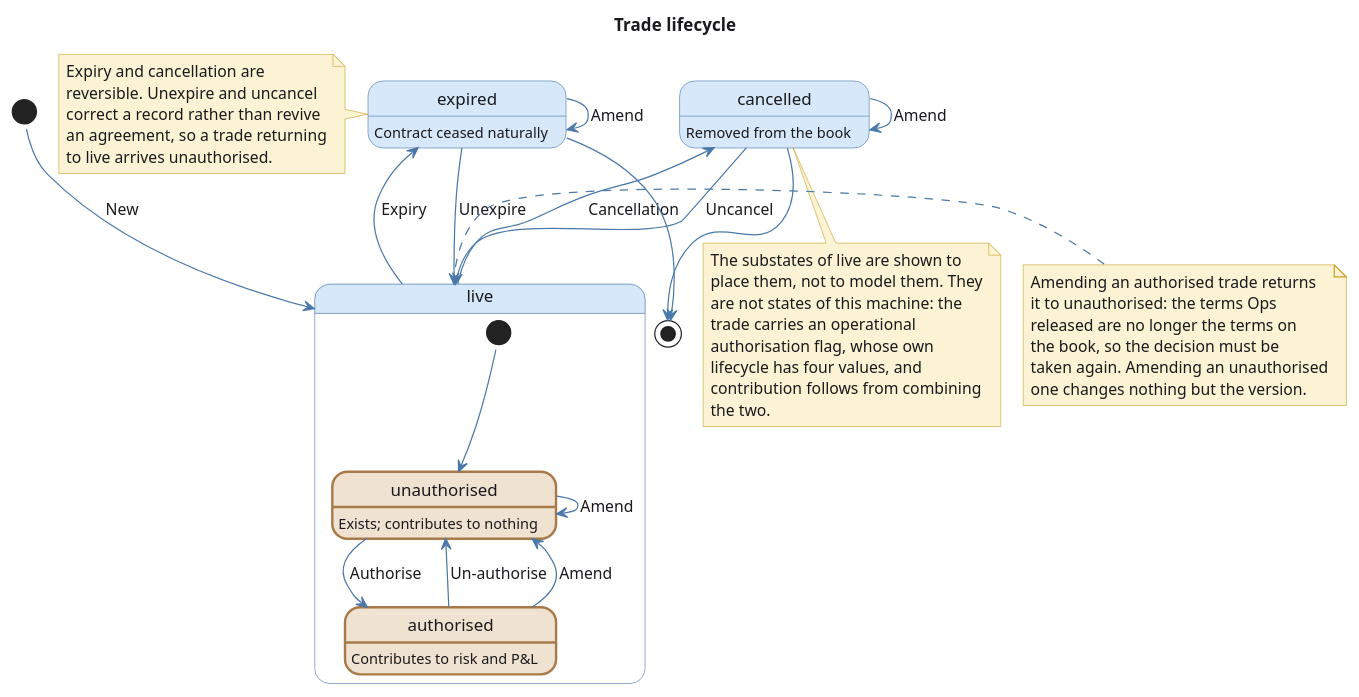
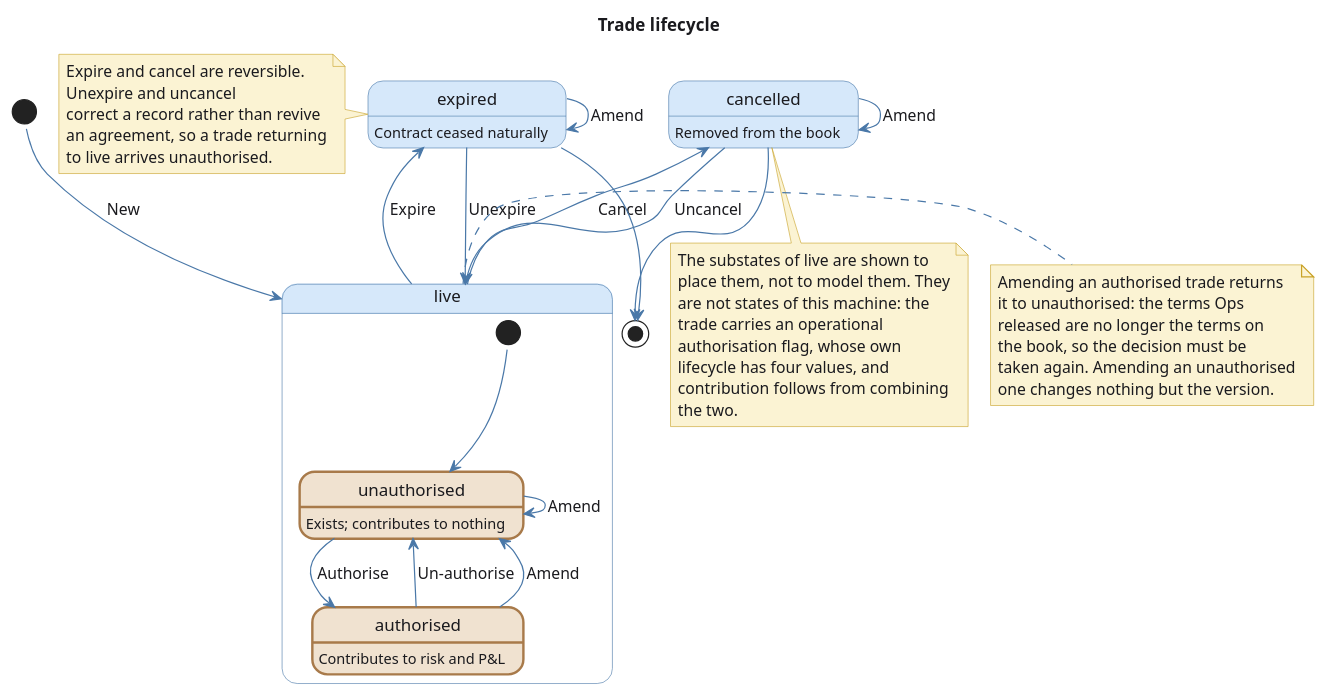
Before and after one commit to OreStudio/OreStudio: the diagram in doc/knowledge/domain/trade_status_lifecycle.puml, drawn with PlantUML. The commit also changed 2 other files, not shown here.

Commit message:
[doc] Rename the expiry and cancellation events
Expiry becomes Expire and Cancellation becomes Cancel, so every event
on the diagram is a verb: New, Expire, Cancel, Unexpire, Uncancel,
Amend, Authorise, Un-authorise.

The activity category named Cancellation in trade activity is left
alone. It names a class of activity rather than a transition, and the
activity within it is already called Cancel.

```diff
--- a/doc/knowledge/domain/trade_status_lifecycle.puml
+++ b/doc/knowledge/domain/trade_status_lifecycle.puml
@@ -18,82 +18,82 @@
 @startuml
 !pragma layout smetana
 
 title Trade lifecycle
 
 skinparam state {
     BackgroundColor #D6E8FA
     BorderColor #4A78A8
     FontColor #1A1A1E
     AttributeFontColor #3A3A3E
     ArrowColor #4A78A8
     ArrowFontColor #1A1A1E
     StartColor #4A78A8
     EndColor #4A78A8
 }
 skinparam note {
     BackgroundColor #FBF3D3
     BorderColor #C9A227
     FontColor #1A1A1E
 }
 skinparam BackgroundColor white
 skinparam DefaultFontColor #1A1A1E
 
 state "live" as Live {
   state "unauthorised" as Unauthorised #F0E2D0 ##[bold]A87A4A
   state "authorised" as Authorised #F0E2D0 ##[bold]A87A4A
 
   Unauthorised : Exists; contributes to nothing
   Authorised : Contributes to risk and P&L
 
   [*] --> Unauthorised
   Unauthorised --> Authorised : Authorise
   Authorised --> Unauthorised : Un-authorise
   Authorised --> Unauthorised : Amend
   Unauthorised --> Unauthorised : Amend
 }
 
 state "expired" as Expired
 state "cancelled" as Cancelled
 
 Expired : Contract ceased naturally
 Cancelled : Removed from the book
 
 [*] --> Live : New
-Live --> Expired : Expiry
-Live --> Cancelled : Cancellation
+Live --> Expired : Expire
+Live --> Cancelled : Cancel
 Expired --> Live : Unexpire
 Cancelled --> Live : Uncancel
 Expired --> Expired : Amend
 Cancelled --> Cancelled : Amend
 Expired --> [*]
 Cancelled --> [*]
 
 note right of Live
   Amending an authorised trade returns
   it to unauthorised: the terms Ops
   released are no longer the terms on
   the book, so the decision must be
   taken again. Amending an unauthorised
   one changes nothing but the version.
 end note
 
 note bottom of Cancelled
   The substates of live are shown to
   place them, not to model them. They
   are not states of this machine: the
   trade carries an operational
   authorisation flag, whose own
   lifecycle has four values, and
   contribution follows from combining
   the two.
 end note
 
 note left of Expired
-  Expiry and cancellation are
-  reversible. Unexpire and uncancel
+  Expire and cancel are reversible.
+  Unexpire and uncancel
   correct a record rather than revive
   an agreement, so a trade returning
   to live arrives unauthorised.
 end note
 
 @enduml
```
